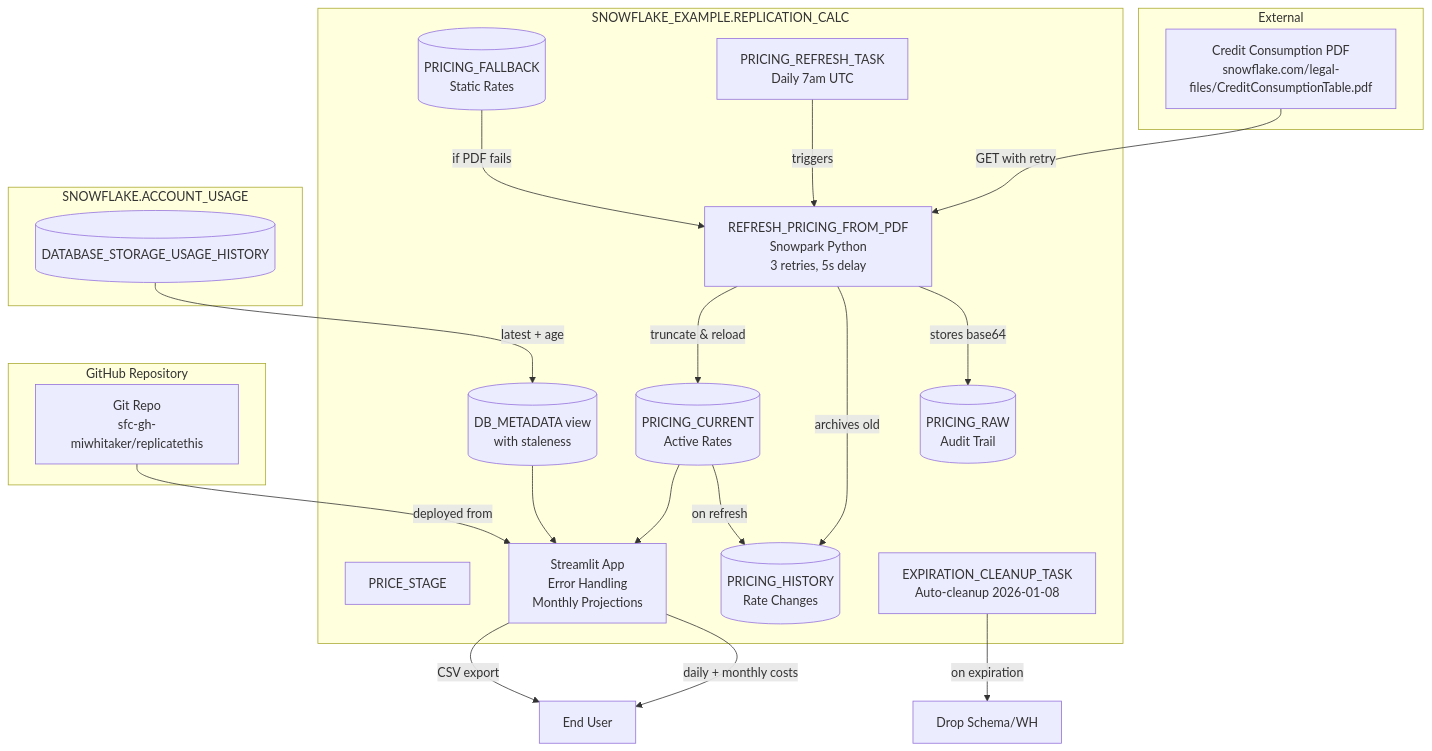
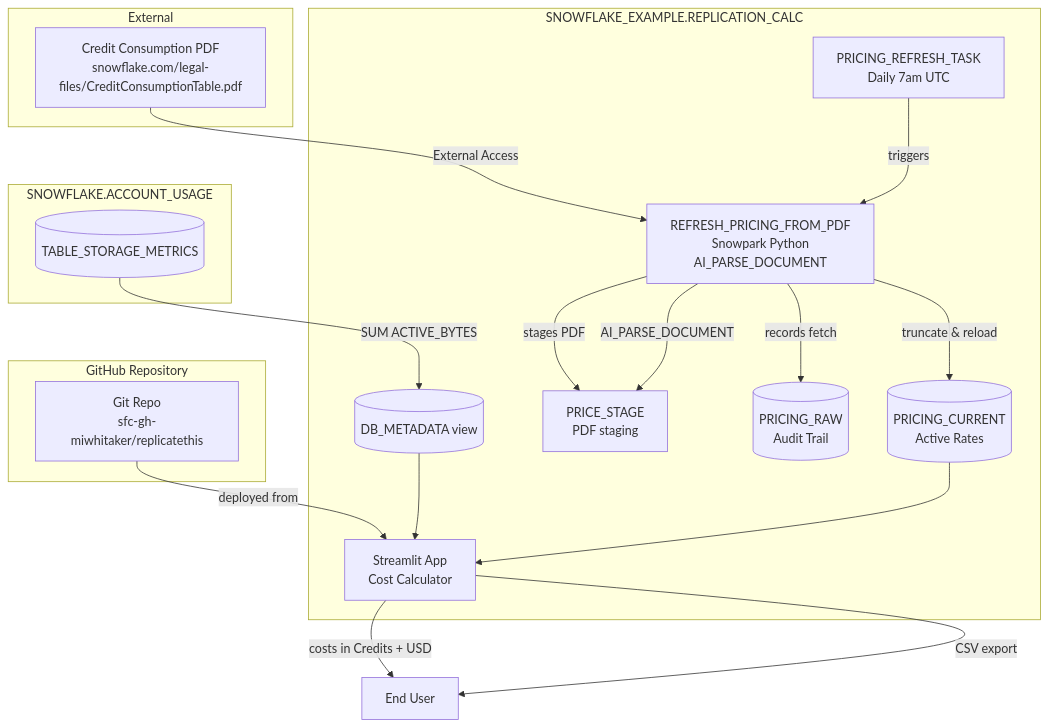
Before and after one commit to sfc-gh-miwhitaker/replicatethis: the diagram in diagrams/data-flow.md, drawn with Mermaid. The commit also changed other lines of this file and 2 other files, not shown here.

````diff
--- a/diagrams/data-flow.md
+++ b/diagrams/data-flow.md
@@ -14,39 +14,34 @@
 ```mermaid
 graph TB
   subgraph "External"
     PDF[Credit Consumption PDF<br/>snowflake.com/legal-files/CreditConsumptionTable.pdf]
   end
   subgraph "SNOWFLAKE_EXAMPLE.REPLICATION_CALC"
-    Stage[PRICE_STAGE]
+    Stage[PRICE_STAGE<br/>PDF staging]
     Raw[(PRICING_RAW<br/>Audit Trail)]
-    Fallback[(PRICING_FALLBACK<br/>Static Rates)]
-    History[(PRICING_HISTORY<br/>Rate Changes)]
-    Proc[REFRESH_PRICING_FROM_PDF<br/>Snowpark Python<br/>3 retries, 5s delay]
+    Proc[REFRESH_PRICING_FROM_PDF<br/>Snowpark Python<br/>AI_PARSE_DOCUMENT]
     Current[(PRICING_CURRENT<br/>Active Rates)]
-    DBMeta[(DB_METADATA view<br/>with staleness)]
-    Streamlit[Streamlit App<br/>Error Handling<br/>Monthly Projections]
-    Task1[PRICING_REFRESH_TASK<br/>Daily 7am UTC]
-    Task2[EXPIRATION_CLEANUP_TASK<br/>Auto-cleanup 2026-01-08]
+    DBMeta[(DB_METADATA view)]
+    Streamlit[Streamlit App<br/>Cost Calculator]
+    Task[PRICING_REFRESH_TASK<br/>Daily 7am UTC]
   end
   subgraph "SNOWFLAKE.ACCOUNT_USAGE"
-    DBUsage[(DATABASE_STORAGE_USAGE_HISTORY)]
+    Storage[(TABLE_STORAGE_METRICS)]
   end
   subgraph "GitHub Repository"
     GitRepo[Git Repo<br/>sfc-gh-miwhitaker/replicatethis]
   end
 
   GitRepo -->|deployed from| Streamlit
-  PDF -->|GET with retry| Proc
-  Proc -->|stores base64| Raw
-  Proc -->|archives old| History
-  Current -->|on refresh| History
-  Fallback -->|if PDF fails| Proc
+  PDF -->|External Access| Proc
+  Proc -->|stages PDF| Stage
+  Proc -->|AI_PARSE_DOCUMENT| Stage
+  Proc -->|records fetch| Raw
   Proc -->|truncate & reload| Current
-  DBUsage -->|latest + age| DBMeta
+  Storage -->|SUM ACTIVE_BYTES| DBMeta
   DBMeta --> Streamlit
   Current --> Streamlit
-  Streamlit -->|daily + monthly costs| User[End User]
+  Streamlit -->|costs in Credits + USD| User[End User]
   Streamlit -->|CSV export| User
-  Task1 -->|triggers| Proc
-  Task2 -->|on expiration| Cleanup[Drop Schema/WH]
+  Task -->|triggers| Proc
 ```
````
